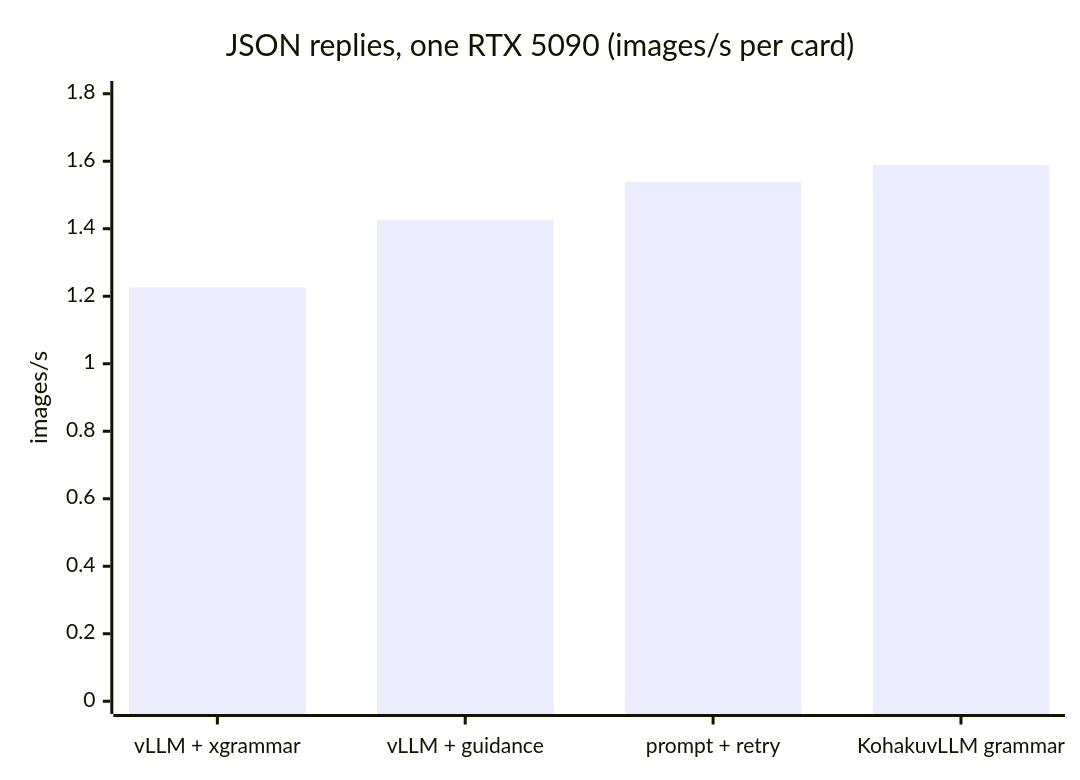
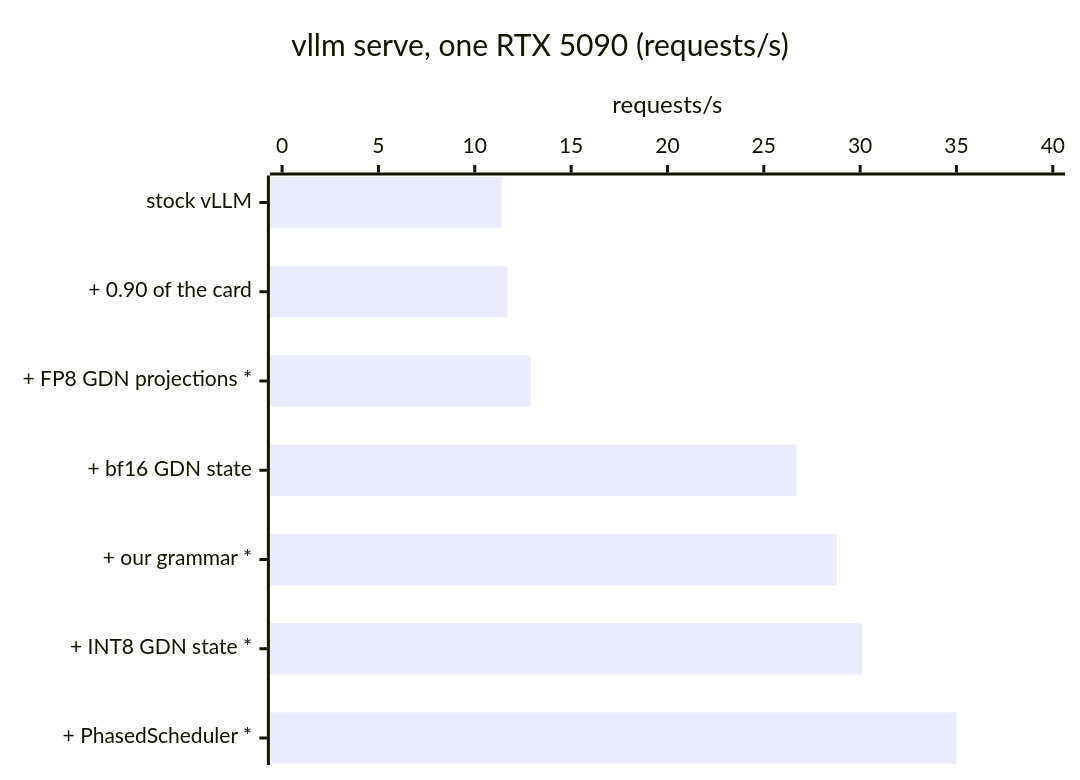
Before and after one commit to KohakuBlueleaf/KohakuvLLM: the first of 2 diagrams in README.md, drawn with Mermaid. The commit also changed other lines of this file and 1 other file, not shown here.

Commit message:
README: vLLM-only speed step by step, where the bottleneck is, grammar vs xgrammar; reports removed

````diff
--- a/README.md
+++ b/README.md
@@ -51,7 +15,7 @@
 ```mermaid
-xychart-beta
-    title "JSON replies, one RTX 5090 (images/s per card)"
-    x-axis ["vLLM + xgrammar", "vLLM + guidance", "prompt + retry", "KohakuvLLM grammar"]
-    y-axis "images/s" 0 --> 1.8
-    bar [1.226, 1.426, 1.539, 1.589]
+xychart-beta horizontal
+    title "vllm serve, one RTX 5090 (requests/s)"
+    x-axis ["stock vLLM", "+ 0.90 of the card", "+ FP8 GDN projections *", "+ bf16 GDN state", "+ our grammar *", "+ INT8 GDN state *", "+ PhasedScheduler *"]
+    y-axis "requests/s" 0 --> 40
+    bar [11.4, 11.7, 12.9, 26.7, 28.8, 30.1, 35.0]
 ```
````
